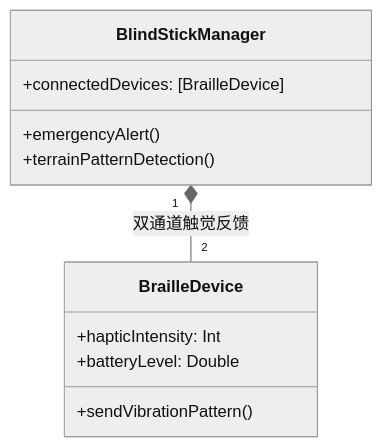
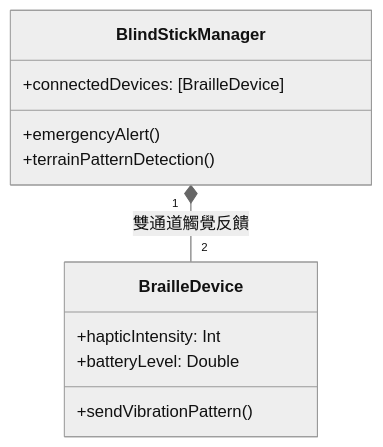
One commit to kch0i/Invisible_Travel changed the second of 4 diagrams in README.md. Above: the diagram before and after it, drawn with Mermaid (neutral theme). The commit also changed other lines of this file and 1 other file, not shown here.

````diff
--- a/README.md
+++ b/README.md
@@ -72,16 +72,16 @@
 ```mermaid
 classDiagram
     class BlindStickManager {
         +connectedDevices: [BrailleDevice]
         +emergencyAlert()
         +terrainPatternDetection()
     }
   
     class BrailleDevice {
         +hapticIntensity: Int
         +batteryLevel: Double
         +sendVibrationPattern()
     }
   
-    BlindStickManager "1" *-- "2" BrailleDevice: 双通道触觉反馈
+    BlindStickManager "1" *-- "2" BrailleDevice: 雙通道觸覺反饋
 ```
````
